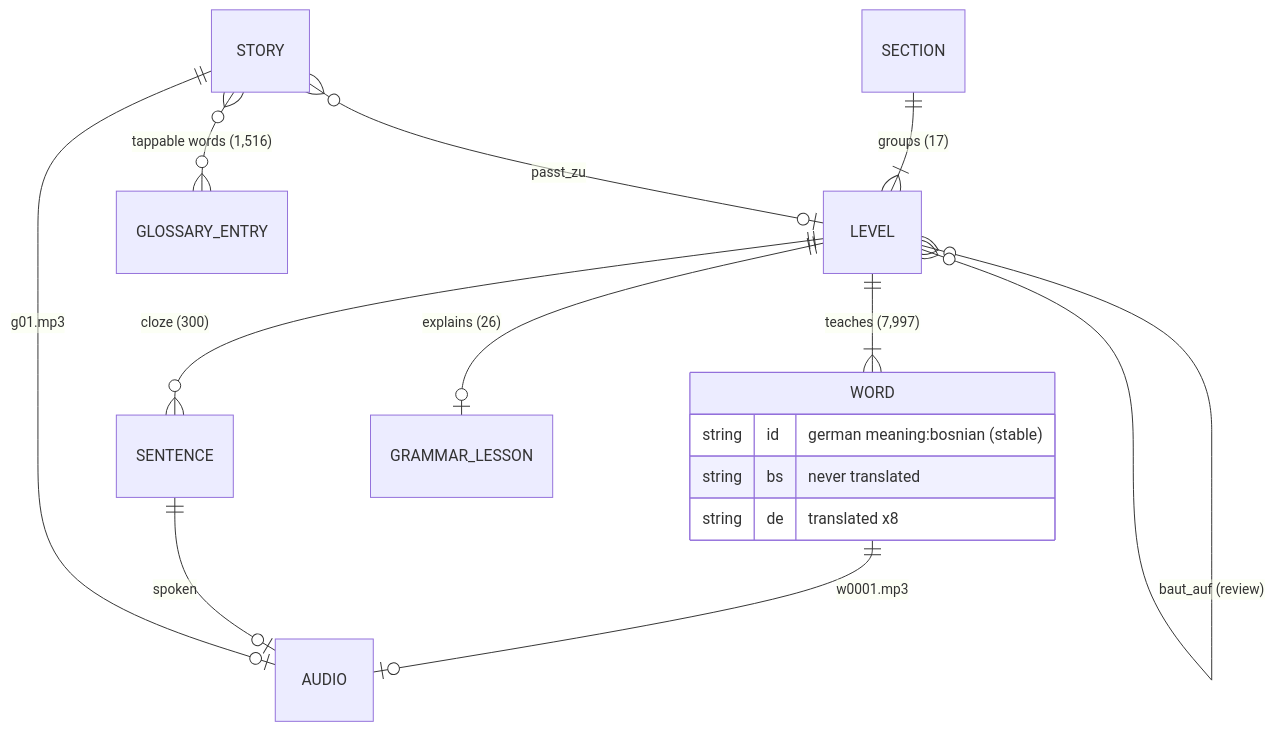
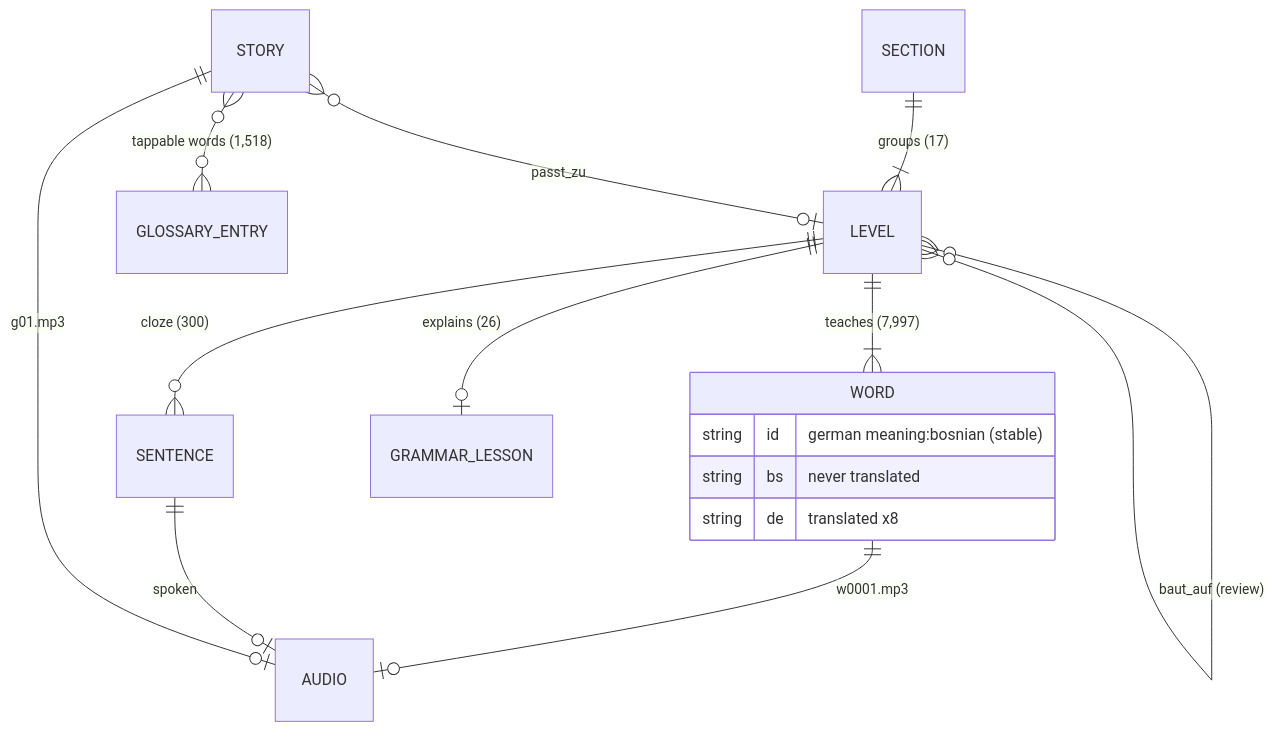
One commit to zmaj-lernapp/zmaj changed the second of 3 diagrams in docs/ARCHITECTURE.md. Above: the diagram before and after it, drawn with Mermaid. The commit also changed 20 other files, not shown here.

````diff
--- a/docs/ARCHITECTURE.md
+++ b/docs/ARCHITECTURE.md
@@ -54,18 +54,18 @@
 ```mermaid
 erDiagram
   SECTION ||--|{ LEVEL : "groups (17)"
   LEVEL ||--|{ WORD : "teaches (7,997)"
   LEVEL ||--o{ SENTENCE : "cloze (300)"
   LEVEL ||--o| GRAMMAR_LESSON : "explains (26)"
   LEVEL }o--o{ LEVEL : "baut_auf (review)"
   STORY }o--o| LEVEL : "passt_zu"
-  STORY }o--o{ GLOSSARY_ENTRY : "tappable words (1,516)"
+  STORY }o--o{ GLOSSARY_ENTRY : "tappable words (1,518)"
   WORD ||--o| AUDIO : "w0001.mp3"
   SENTENCE ||--o| AUDIO : "spoken"
   STORY ||--o| AUDIO : "g01.mp3"
   WORD {
     string id "german meaning:bosnian (stable)"
     string bs "never translated"
     string de "translated x8"
   }
 ```
````
